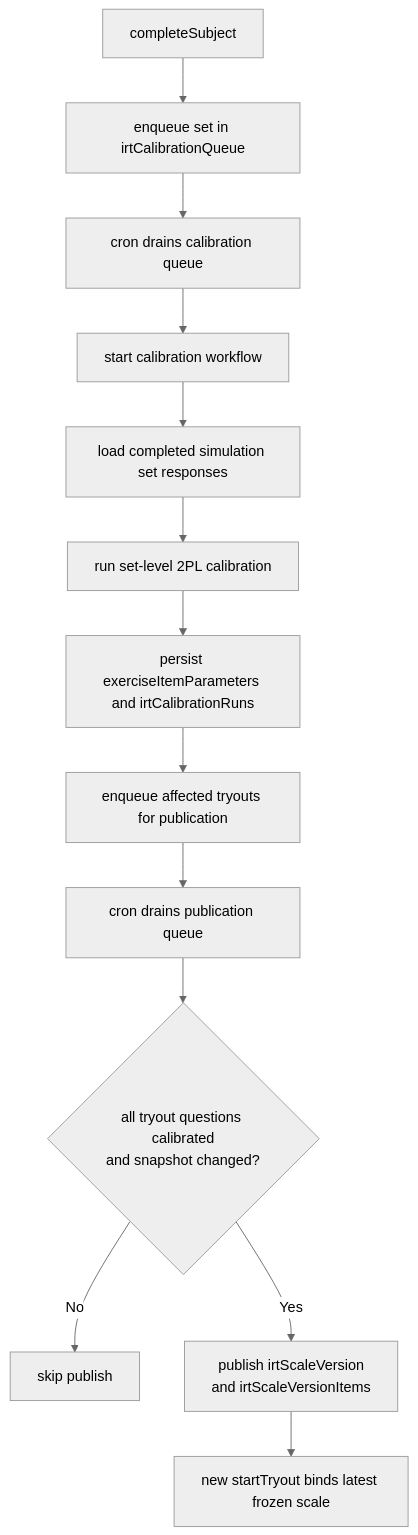
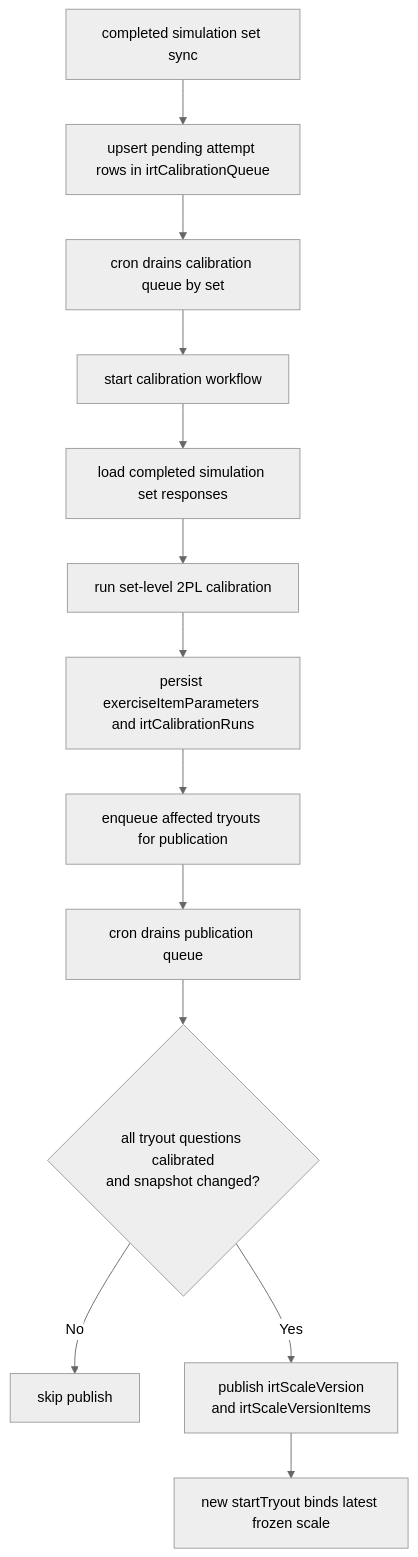
The first of 3 diagrams in packages/backend/convex/irt/README.md (nakafaai/nakafa.com), drawn with Mermaid (neutral theme) before and after one commit. The commit also changed other lines of this file and 255 other files, not shown here.

````diff
--- a/packages/backend/convex/irt/README.md
+++ b/packages/backend/convex/irt/README.md
@@ -158,15 +158,15 @@
 ```mermaid
 flowchart TD
-    A[completeSubject] --> B[enqueue set in irtCalibrationQueue]
-    B --> C[cron drains calibration queue]
+    A[completed simulation set sync] --> B[upsert pending attempt rows in irtCalibrationQueue]
+    B --> C[cron drains calibration queue by set]
     C --> D[start calibration workflow]
     D --> E[load completed simulation set responses]
     E --> F[run set-level 2PL calibration]
     F --> G[persist exerciseItemParameters and irtCalibrationRuns]
     G --> H[enqueue affected tryouts for publication]
     H --> I[cron drains publication queue]
     I --> J{all tryout questions calibrated\nand snapshot changed?}
     J -- No --> K[skip publish]
     J -- Yes --> L[publish irtScaleVersion\nand irtScaleVersionItems]
     L --> M[new startTryout binds latest frozen scale]
 ```
````
